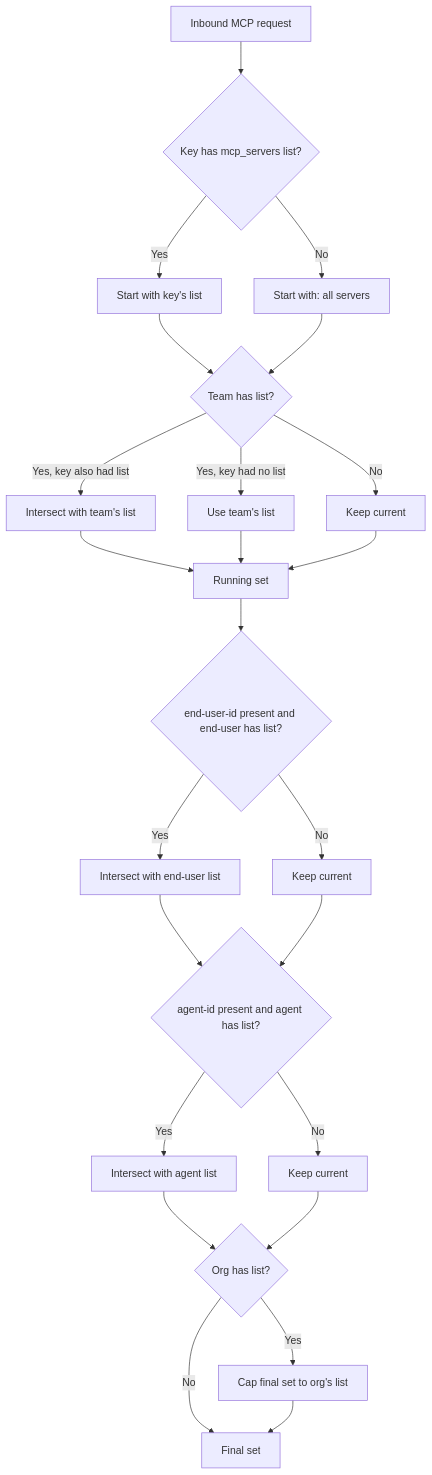
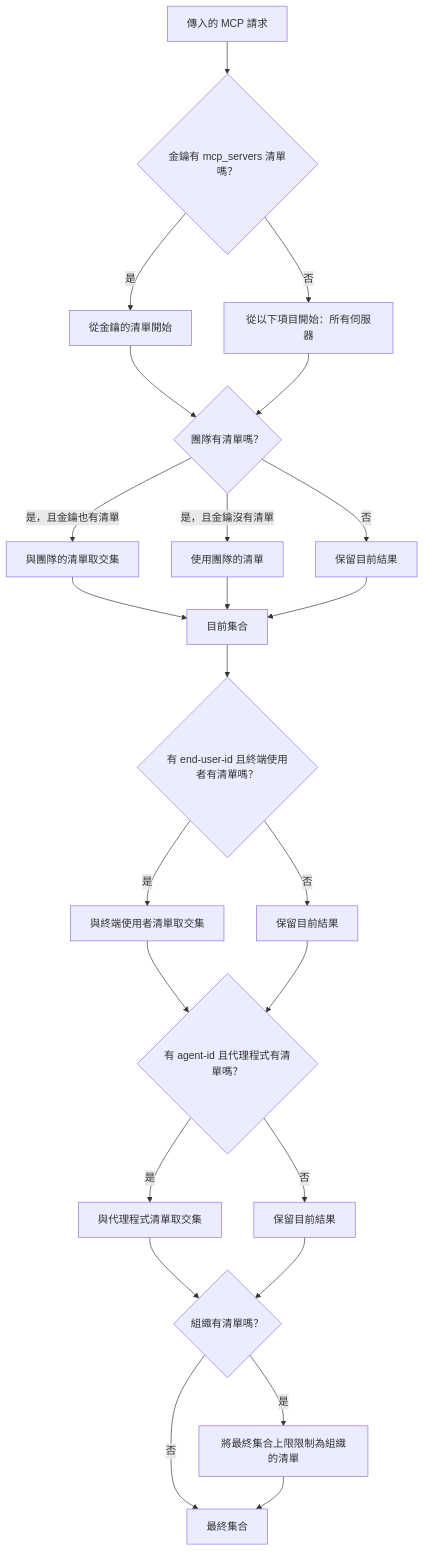
Before and after one commit to doggy8088/litellm-docs: the diagram in docs/mcp_control.md, drawn with Mermaid. The commit also changed other lines of this file and 1957 other files, not shown here.

````diff
--- a/docs/mcp_control.md
+++ b/docs/mcp_control.md
@@ -52,28 +52,28 @@
 ```mermaid
 flowchart TD
-    A[Inbound MCP request] --> B{Key has mcp_servers list?}
-    B -->|Yes| C[Start with key's list]
-    B -->|No| D[Start with: all servers]
-    C --> E{Team has list?}
+    A[傳入的 MCP 請求] --> B{金鑰有 mcp_servers 清單嗎？}
+    B -->|是| C[從金鑰的清單開始]
+    B -->|否| D[從以下項目開始：所有伺服器]
+    C --> E{團隊有清單嗎？}
     D --> E
-    E -->|Yes, key also had list| F[Intersect with team's list]
-    E -->|Yes, key had no list| G[Use team's list]
-    E -->|No| H[Keep current]
+    E -->|是，且金鑰也有清單| F[與團隊的清單取交集]
+    E -->|是，且金鑰沒有清單| G[使用團隊的清單]
+    E -->|否| H[保留目前結果]
     F --> I
     G --> I
     H --> I
-    I[Running set] --> J{end-user-id present and end-user has list?}
-    J -->|Yes| K[Intersect with end-user list]
-    J -->|No| L[Keep current]
+    I[目前集合] --> J{有 end-user-id 且終端使用者有清單嗎？}
+    J -->|是| K[與終端使用者清單取交集]
+    J -->|否| L[保留目前結果]
     K --> M
     L --> M
-    M{agent-id present and agent has list?}
-    M -->|Yes| N[Intersect with agent list]
-    M -->|No| O[Keep current]
+    M{有 agent-id 且代理程式有清單嗎？}
+    M -->|是| N[與代理程式清單取交集]
+    M -->|否| O[保留目前結果]
     N --> P
     O --> P
-    P{Org has list?}
-    P -->|Yes| Q[Cap final set to org's list]
-    P -->|No| R[Final set]
+    P{組織有清單嗎？}
+    P -->|是| Q[將最終集合上限限制為組織的清單]
+    P -->|否| R[最終集合]
     Q --> R
 ```
````
